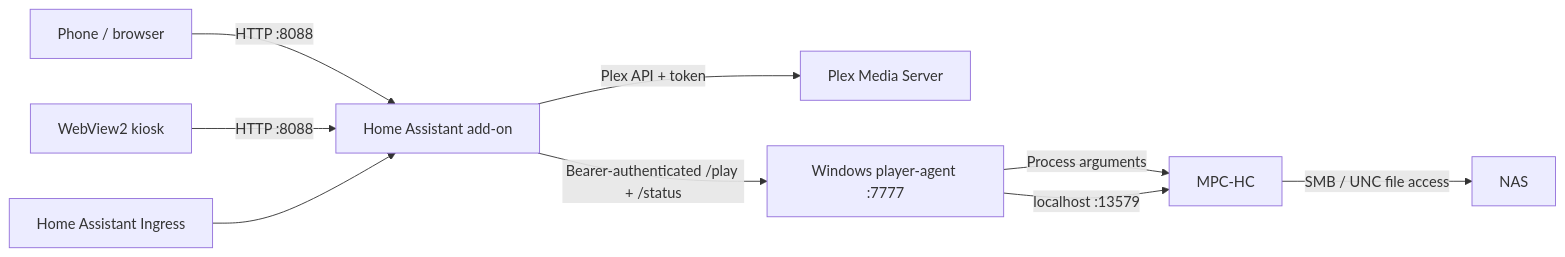
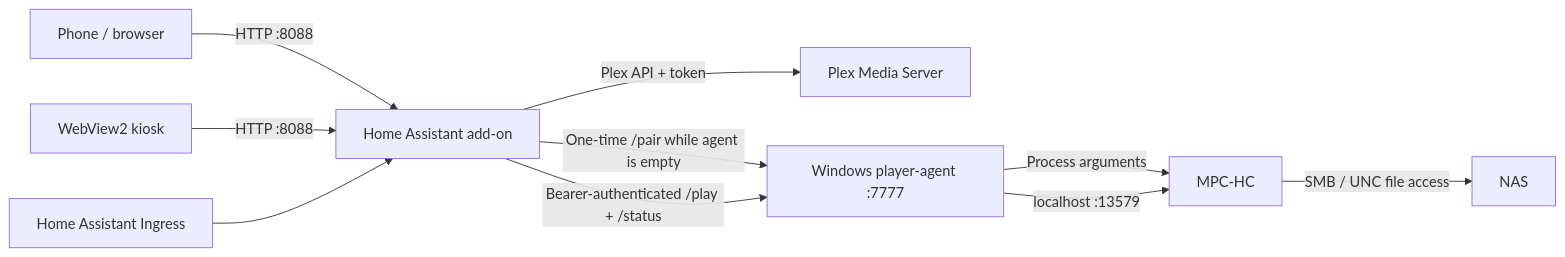
One commit to liwo-1/media-launcher changed the diagram in ARCHITECTURE.md. Above: the diagram before and after it, drawn with Mermaid. The commit also changed other lines of this file and 19 other files, not shown here.

````diff
--- a/ARCHITECTURE.md
+++ b/ARCHITECTURE.md
@@ -6,11 +6,12 @@
 ```mermaid
 flowchart LR
     U[Phone / browser] -->|HTTP :8088| A[Home Assistant add-on]
     W[WebView2 kiosk] -->|HTTP :8088| A
     H[Home Assistant Ingress] --> A
     A -->|Plex API + token| P[Plex Media Server]
+    A -->|One-time /pair while agent is empty| G
     A -->|Bearer-authenticated /play + /status| G[Windows player-agent :7777]
     G -->|Process arguments| M[MPC-HC]
     M -->|SMB / UNC file access| N[NAS]
     G -->|localhost :13579| M
 ```
````
